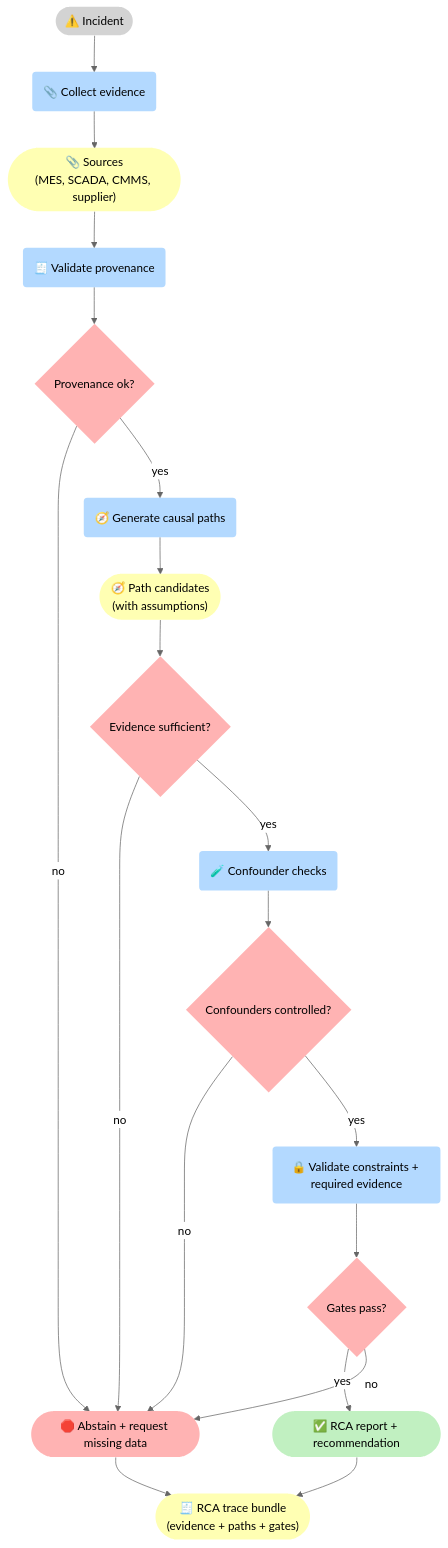
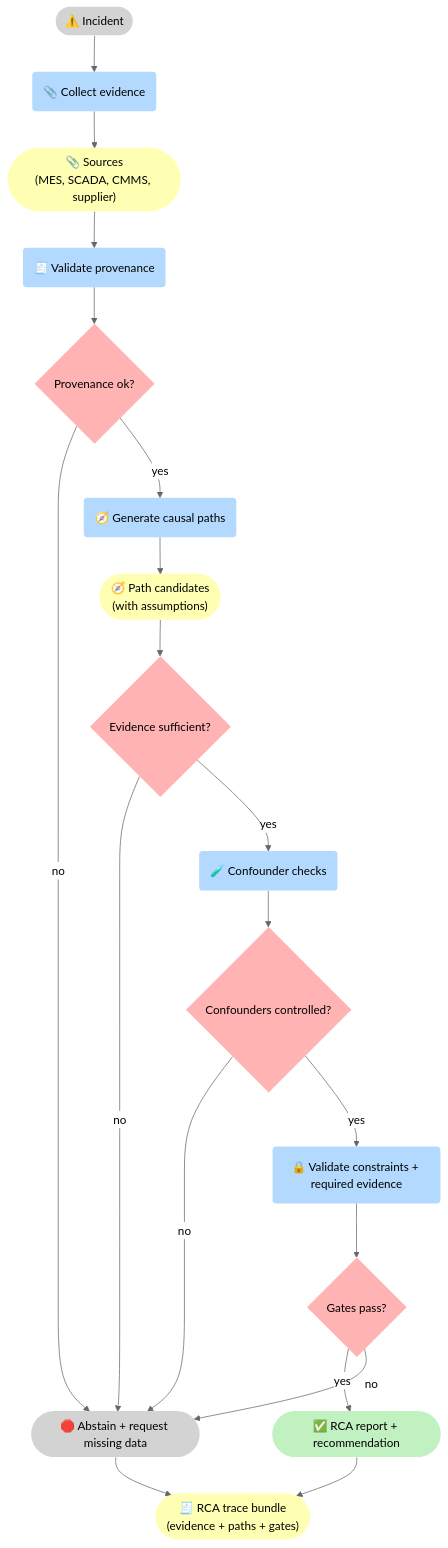
One commit to 5Reasons/5reasons.github.io changed the second of 3 diagrams in docs/case-studies/manufacturing.md. Above: the diagram before and after it, drawn with Mermaid (neutral theme). The commit also changed other lines of this file and 14 other files, not shown here.

First line of the commit message:
Refactor diagrams and improve clarity in blog posts and case studies

````diff
--- a/docs/case-studies/manufacturing.md
+++ b/docs/case-studies/manufacturing.md
@@ -111,46 +111,46 @@
 ```mermaid
 flowchart TB
 %% Styles (brModel Standard)
 classDef i fill:#D3D3D3,stroke-width:0px,color:#000;
 classDef p fill:#B3D9FF,stroke-width:0px,color:#000;
 classDef r fill:#FFFFB3,stroke-width:0px,color:#000;
 classDef o fill:#C1F0C1,stroke-width:0px,color:#000;
 classDef s fill:#FFB3B3,stroke-width:0px,color:#000;
 
 I_Inc(["⚠️ Incident"]):::i
 P_E("📎 Collect evidence"):::p
 R_Src(["📎 Sources<br>(MES, SCADA, CMMS, supplier)"]):::r
 P_Prov("🧾 Validate provenance"):::p
 G_Prov{"Provenance ok?"}:::s
 
 P_Path("🧭 Generate causal paths"):::p
 R_Path(["🧭 Path candidates<br>(with assumptions)"]):::r
 G_Ev{"Evidence sufficient?"}:::s
 
 P_Conf("🧪 Confounder checks"):::p
 G_Conf{"Confounders controlled?"}:::s
 
 P_V("🔒 Validate constraints + required evidence"):::p
 G_OK{"Gates pass?"}:::s
 
 O_A(["✅ RCA report + recommendation"]):::o
 R_Tr(["🧾 RCA trace bundle<br>(evidence + paths + gates)"]):::r
-S_X(["🛑 Abstain + request missing data"]):::s
+S_X(["🛑 Abstain + request missing data"]):::i
 
 I_Inc --> P_E --> R_Src --> P_Prov --> G_Prov
 G_Prov -->|"no"| S_X
 G_Prov -->|"yes"| P_Path --> R_Path --> G_Ev
 
 G_Ev -->|"no"| S_X
 G_Ev -->|"yes"| P_Conf --> G_Conf
 
 G_Conf -->|"no"| S_X
 G_Conf -->|"yes"| P_V --> G_OK
 
 G_OK -->|"yes"| O_A --> R_Tr
 G_OK -->|"no"| S_X --> R_Tr
 
 %% Clickable nodes
 click P_V "/methodology/constraints/" "Constraints & SHACL"
 click P_Path "/methodology/causalgraphrag/" "CausalGraphRAG"
 ```
````
